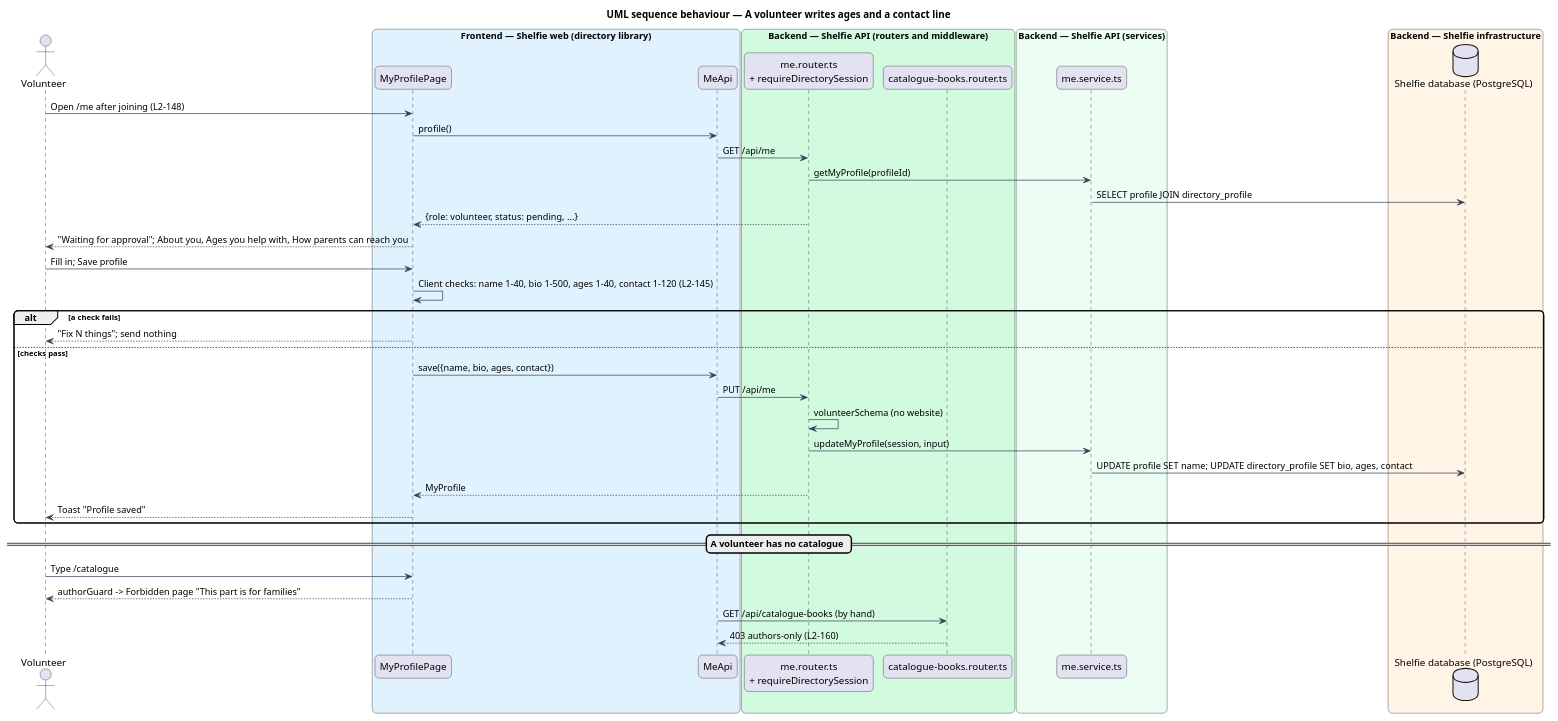
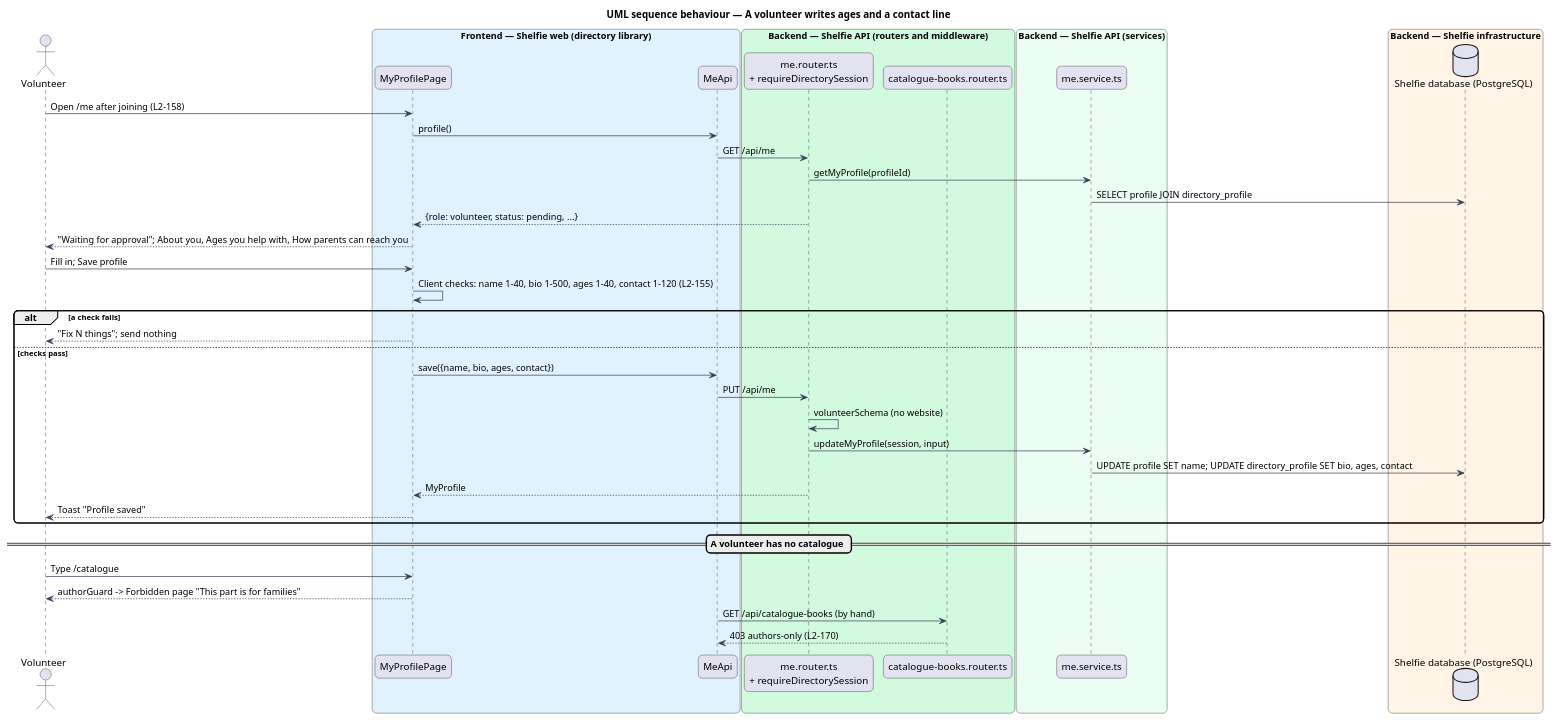
Before and after one commit to QuinntyneBrown/shelfie: the diagram in docs/detailed-designs/directory/volunteer-profile/diagrams/sequence-volunteer-profile.puml, drawn with PlantUML. The commit also changed 125 other files, not shown here.

```diff
--- a/docs/detailed-designs/directory/volunteer-profile/diagrams/sequence-volunteer-profile.puml
+++ b/docs/detailed-designs/directory/volunteer-profile/diagrams/sequence-volunteer-profile.puml
@@ -1,49 +1,49 @@
 @startuml
 title UML sequence behaviour — A volunteer writes ages and a contact line
 skinparam backgroundColor #FFFFFF
 skinparam shadowing false
 skinparam roundcorner 12
 skinparam defaultFontName Arial
 skinparam ArrowColor #344054
 actor "Volunteer" as vol
 box "Frontend — Shelfie web (directory library)" #E0F2FE
   participant "MyProfilePage" as page
   participant "MeApi" as client
 end box
 box "Backend — Shelfie API (routers and middleware)" #D1FADF
   participant "me.router.ts\n+ requireDirectorySession" as me
   participant "catalogue-books.router.ts" as cat
 end box
 box "Backend — Shelfie API (services)" #ECFDF3
   participant "me.service.ts" as svc
 end box
 box "Backend — Shelfie infrastructure" #FFF4E5
   database "Shelfie database (PostgreSQL)" as db
 end box
 
-vol -> page : Open /me after joining (L2-148)
+vol -> page : Open /me after joining (L2-158)
 page -> client : profile()
 client -> me : GET /api/me
 me -> svc : getMyProfile(profileId)
 svc -> db : SELECT profile JOIN directory_profile
 me --> page : {role: volunteer, status: pending, ...}
 page --> vol : "Waiting for approval"; About you, Ages you help with, How parents can reach you
 vol -> page : Fill in; Save profile
-page -> page : Client checks: name 1-40, bio 1-500, ages 1-40, contact 1-120 (L2-145)
+page -> page : Client checks: name 1-40, bio 1-500, ages 1-40, contact 1-120 (L2-155)
 alt a check fails
   page --> vol : "Fix N things"; send nothing
 else checks pass
   page -> client : save({name, bio, ages, contact})
   client -> me : PUT /api/me
   me -> me : volunteerSchema (no website)
   me -> svc : updateMyProfile(session, input)
   svc -> db : UPDATE profile SET name; UPDATE directory_profile SET bio, ages, contact
   me --> page : MyProfile
   page --> vol : Toast "Profile saved"
 end
 == A volunteer has no catalogue ==
 vol -> page : Type /catalogue
 page --> vol : authorGuard -> Forbidden page "This part is for families"
 client -> cat : GET /api/catalogue-books (by hand)
-cat --> client : 403 authors-only (L2-160)
+cat --> client : 403 authors-only (L2-170)
 @enduml
```
